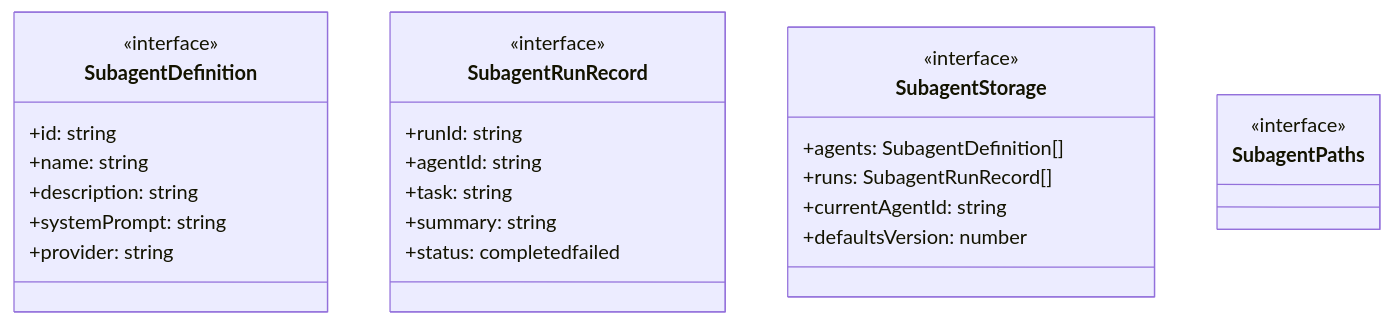
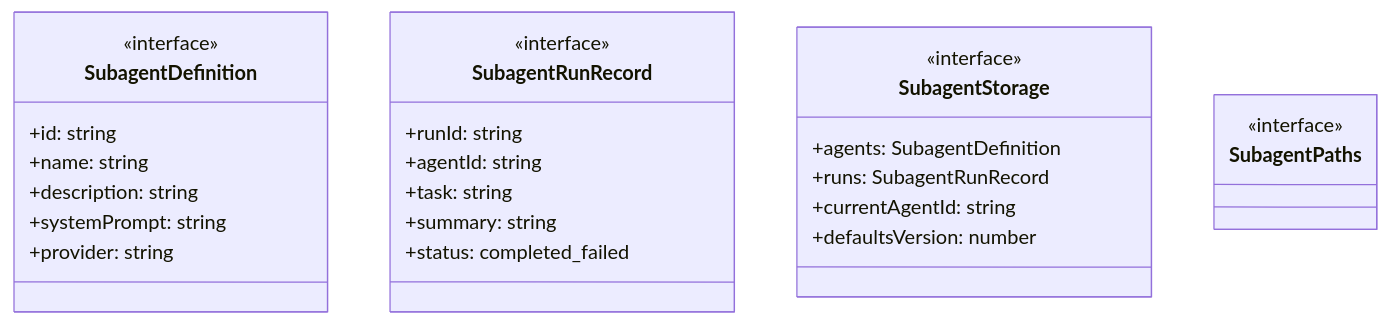
The first of 4 diagrams in ABDD/.pi/extensions/subagents/storage.md (Mekann2904/mekann), drawn with Mermaid before and after one commit. The commit also changed other lines of this file and 174 other files, not shown here.

First line of the commit message:
fix(docs): ABDDのMermaid図生成エラーを修正する

````diff
--- a/ABDD/.pi/extensions/subagents/storage.md
+++ b/ABDD/.pi/extensions/subagents/storage.md
@@ -44,29 +44,29 @@
 ```mermaid
 classDiagram
   class SubagentDefinition {
     <<interface>>
     +id: string
     +name: string
     +description: string
     +systemPrompt: string
     +provider: string
   }
   class SubagentRunRecord {
     <<interface>>
     +runId: string
     +agentId: string
     +task: string
     +summary: string
-    +status: completedfailed
+    +status: completed_failed
   }
   class SubagentStorage {
     <<interface>>
-    +agents: SubagentDefinition[]
-    +runs: SubagentRunRecord[]
+    +agents: SubagentDefinition
+    +runs: SubagentRunRecord
     +currentAgentId: string
     +defaultsVersion: number
   }
   class SubagentPaths {
     <<interface>>
   }
 ```
````
